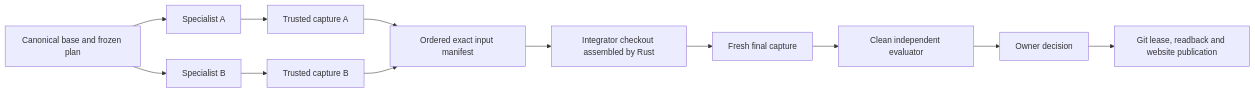
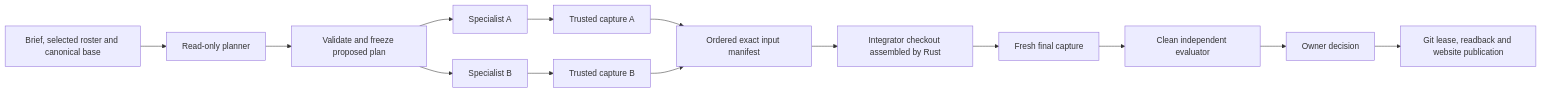
The diagram in docs/build-together.md (YonedaAI/yonedarepo), drawn with Mermaid before and after one commit. The commit also changed other lines of this file and 65 other files, not shown here.

````diff
--- a/docs/build-together.md
+++ b/docs/build-together.md
@@ -20,14 +22,16 @@
 ```mermaid
 flowchart LR
-  B[Canonical base and frozen plan] --> A[Specialist A]
-  B --> C[Specialist B]
+  G[Brief, selected roster and canonical base] --> R[Read-only planner]
+  R --> V[Validate and freeze proposed plan]
+  V --> A[Specialist A]
+  V --> C[Specialist B]
   A --> CA[Trusted capture A]
   C --> CB[Trusted capture B]
   CA --> M[Ordered exact input manifest]
   CB --> M
   M --> I[Integrator checkout assembled by Rust]
   I --> F[Fresh final capture]
   F --> E[Clean independent evaluator]
   E --> O[Owner decision]
   O --> P[Git lease, readback and website publication]
 ```
````
